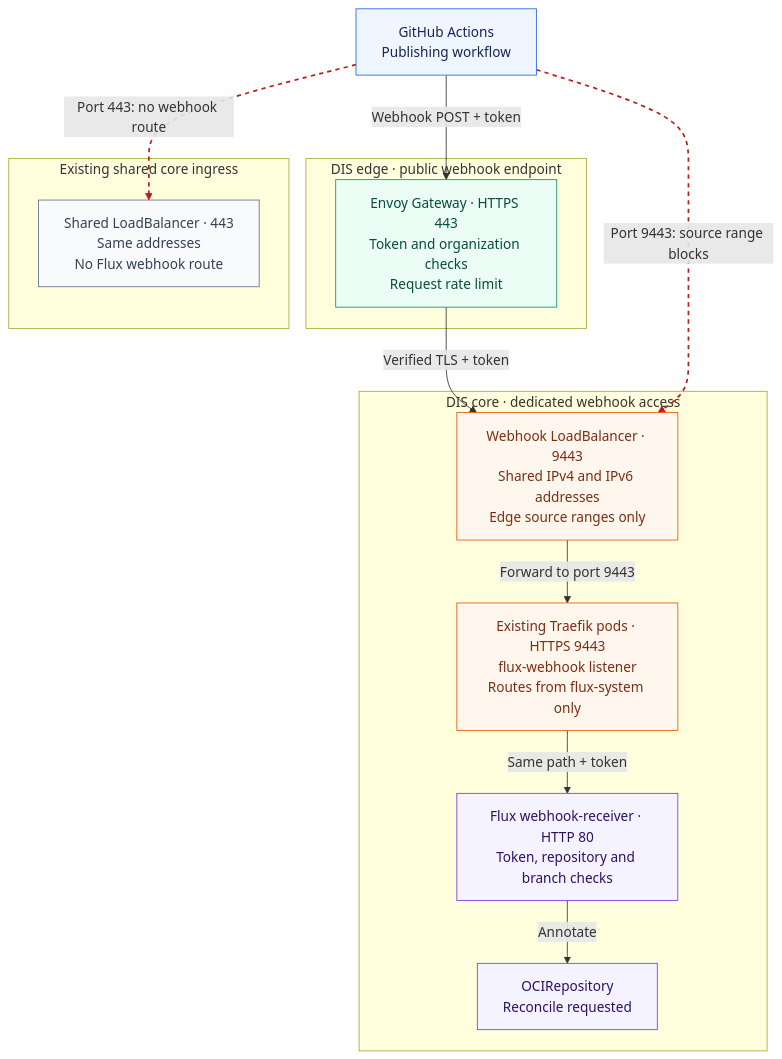
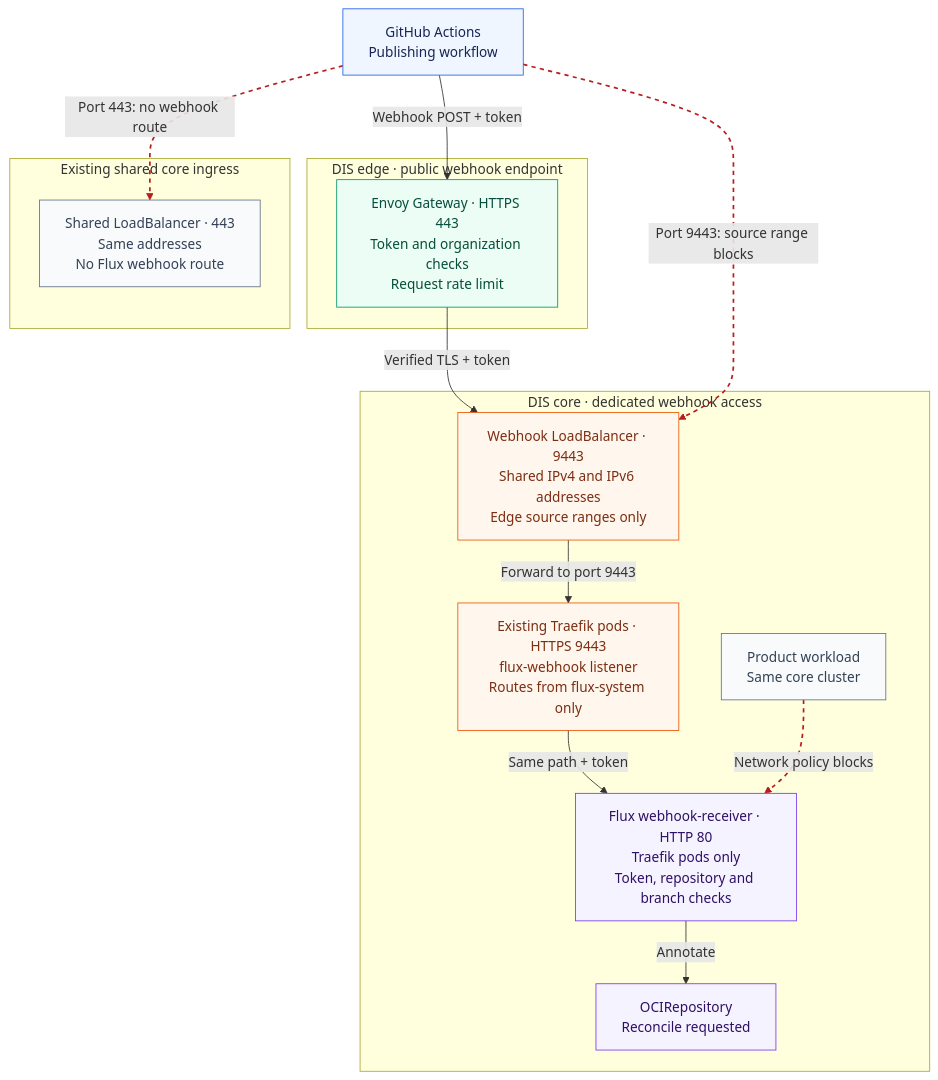
One commit to Altinn/altinn-platform changed the first of 2 diagrams in rfcs/0017-on-demand-flux-reconcile.md. Above: the diagram before and after it, drawn with Mermaid. The commit also changed other lines of this file, not shown here.

First line of the commit message:
docs(rfcs): add the RFC 0017 webhook network policy to the first version

````diff
--- a/rfcs/0017-on-demand-flux-reconcile.md
+++ b/rfcs/0017-on-demand-flux-reconcile.md
@@ -154,50 +154,54 @@
 ```mermaid
 flowchart TB
     workflow["`GitHub Actions
 Publishing workflow`"]
 
     subgraph edgeCluster["DIS edge · public webhook endpoint"]
         edgeGateway["`Envoy Gateway · HTTPS 443
 Token and organization checks
 Request rate limit`"]
     end
 
     subgraph coreCluster["DIS core · dedicated webhook access"]
         webhookService["`Webhook LoadBalancer · 9443
 Shared IPv4 and IPv6 addresses
 Edge source ranges only`"]
         traefik["`Existing Traefik pods · HTTPS 9443
 flux-webhook listener
 Routes from flux-system only`"]
         receiver["`Flux webhook-receiver · HTTP 80
+Traefik pods only
 Token, repository and branch checks`"]
         source["`OCIRepository
 Reconcile requested`"]
+        workload["`Product workload
+Same core cluster`"]
     end
 
     subgraph sharedIngress["Existing shared core ingress"]
         sharedService["`Shared LoadBalancer · 443
 Same addresses
 No Flux webhook route`"]
     end
 
     workflow -->|"Webhook POST + token"| edgeGateway
     edgeGateway -->|"Verified TLS + token"| webhookService
     webhookService -->|"Forward to port 9443"| traefik
     traefik -->|"Same path + token"| receiver
     receiver -->|"Annotate"| source
     workflow -. "Port 9443: source range blocks" .-> webhookService
     workflow -. "Port 443: no webhook route" .-> sharedService
+    workload -. "Network policy blocks" .-> receiver
 
     classDef client fill:#eff6ff,stroke:#2563eb,color:#172554
     classDef gateway fill:#ecfdf5,stroke:#059669,color:#064e3b
     classDef restricted fill:#fff7ed,stroke:#ea580c,color:#7c2d12
     classDef flux fill:#f5f3ff,stroke:#7c3aed,color:#2e1065
     classDef shared fill:#f8fafc,stroke:#64748b,color:#334155
     class workflow client
     class edgeGateway gateway
     class webhookService,traefik restricted
     class receiver,source flux
-    class sharedService shared
-    linkStyle 5,6 stroke:#b91c1c,stroke-width:2px,stroke-dasharray:5 5
+    class sharedService,workload shared
+    linkStyle 5,6,7 stroke:#b91c1c,stroke-width:2px,stroke-dasharray:5 5
 ```
````
